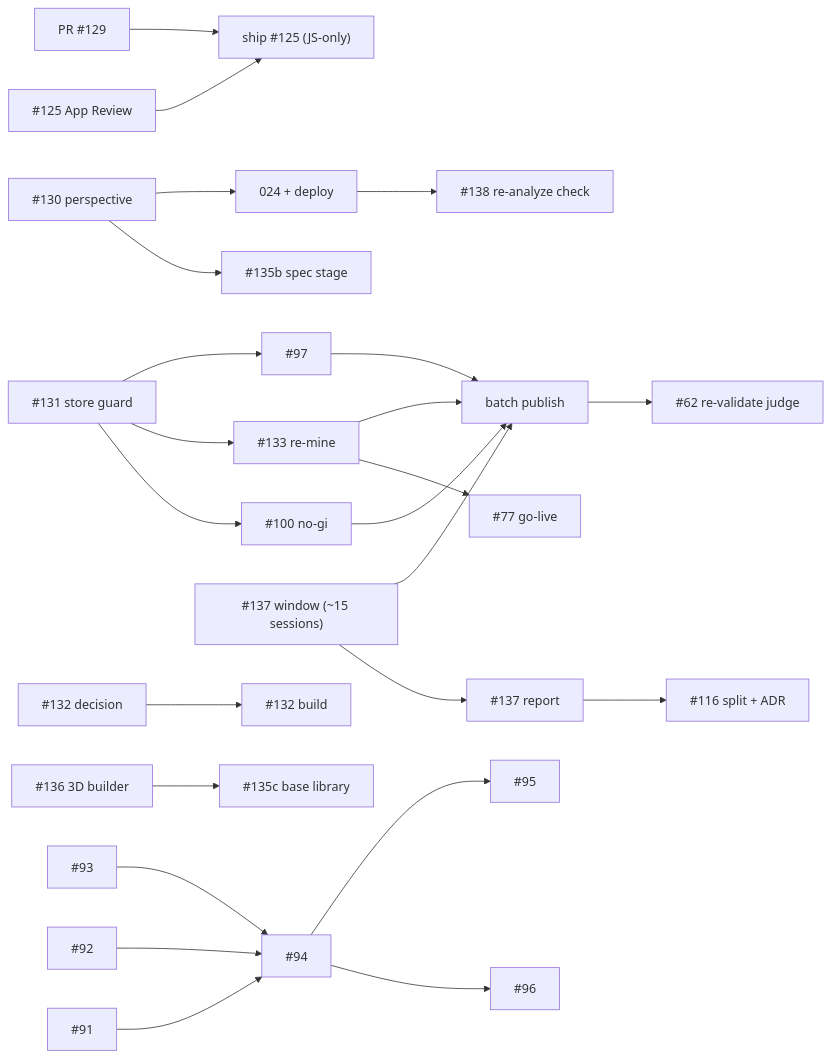
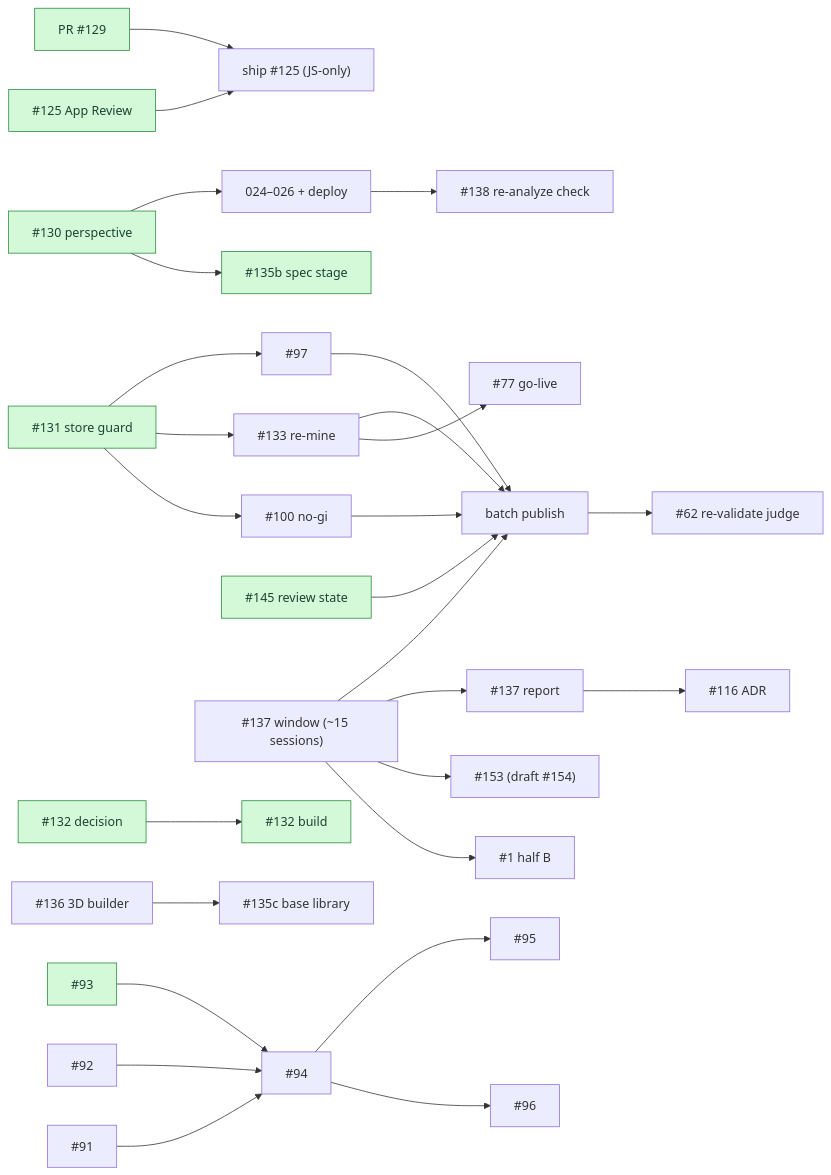
Before and after one commit to srjt/flowlog: the diagram in docs/ROADMAP.md, drawn with Mermaid. The commit also changed other lines of this file, not shown here.

First line of the commit message:
docs(roadmap): status at 2026-11-07, what's done and what's waiting

````diff
--- a/docs/ROADMAP.md
+++ b/docs/ROADMAP.md
@@ -135,25 +206,30 @@
 ```mermaid
 graph LR
   P129["PR #129"] --> SHIP["ship #125 (JS-only)"]
   I125["#125 App Review"] --> SHIP
-  I130["#130 perspective"] --> DEP["024 + deploy"] --> I138["#138 re-analyze check"]
+  I130["#130 perspective"] --> DEP["024–026 + deploy"] --> I138["#138 re-analyze check"]
   I130 --> I135b["#135b spec stage"]
   I131["#131 store guard"] --> I97["#97"]
   I131 --> I133["#133 re-mine"]
   I131 --> I100["#100 no-gi"]
+  I145["#145 review state"] --> PUB
   I97 --> PUB["batch publish"]
   I133 --> PUB
   I100 --> PUB
   W["#137 window (~15 sessions)"] --> PUB
   W --> R137["#137 report"]
+  W --> I153["#153 (draft #154)"]
+  W --> H1B["#1 half B"]
   I133 --> I77["#77 go-live"]
   PUB --> I62["#62 re-validate judge"]
-  R137 --> I116["#116 split + ADR"]
+  R137 --> I116["#116 ADR"]
   D132["#132 decision"] --> B132["#132 build"]
   I136["#136 3D builder"] --> I135c["#135c base library"]
   I93["#93"] --> I94["#94"]
   I92["#92"] --> I94
   I91["#91"] --> I94
   I94 --> I95["#95"]
   I94 --> I96["#96"]
+  classDef done fill:#d3f9d8,stroke:#2b8a3e,color:#1b4332;
+  class P129,I125,I130,I135b,I131,I145,I93,D132,B132 done;
 ```
````
